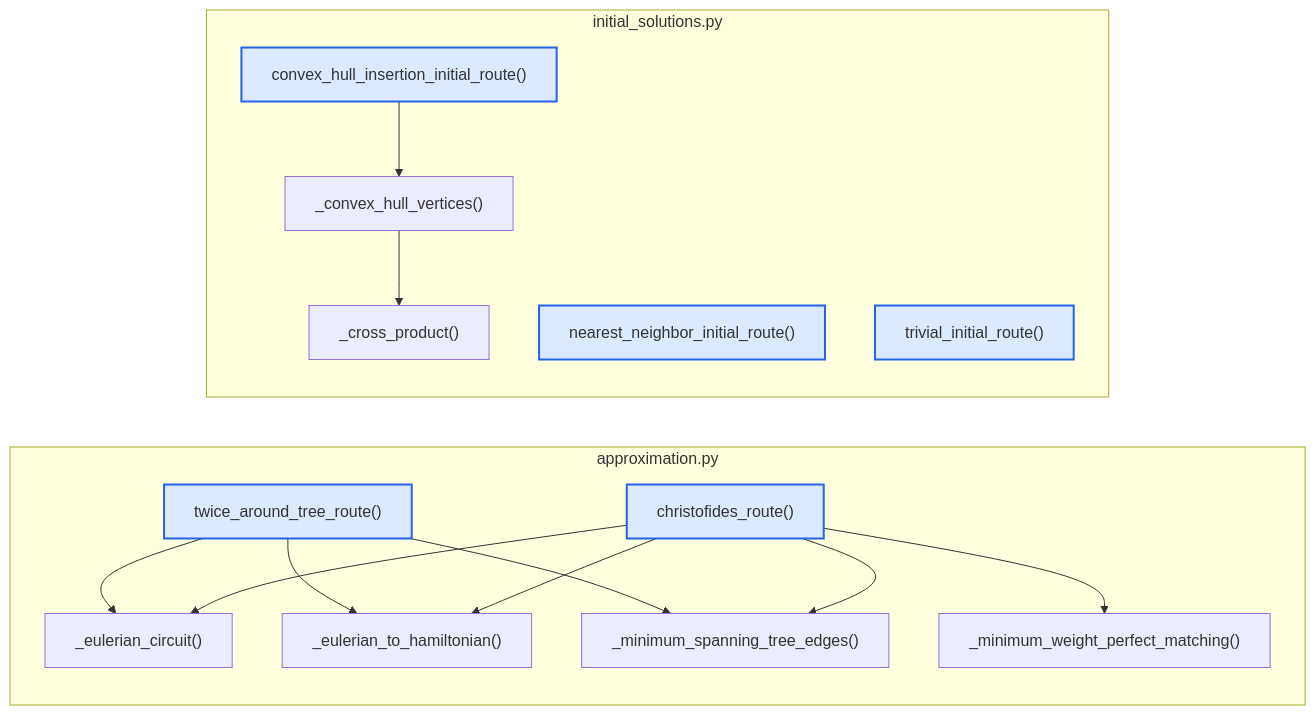
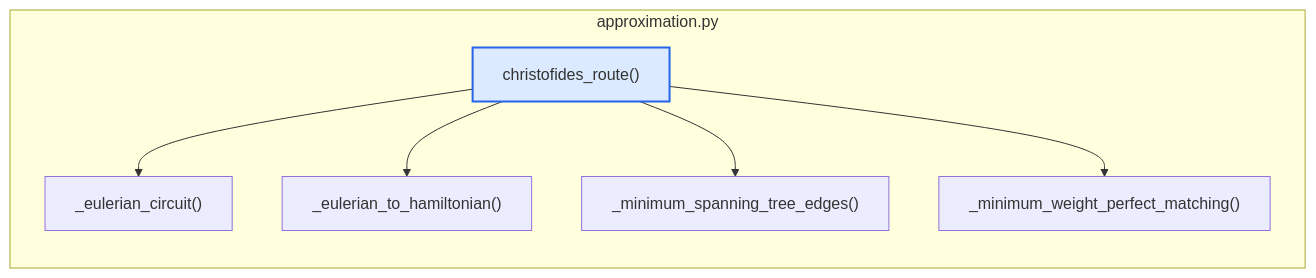
The tenth of 12 diagrams in docs/architecture.md (ChrystianMelo/TravelingSalesmanOptimization), drawn with Mermaid before and after one commit. The commit also changed other lines of this file and 32 other files, not shown here.

Commit message:
Expand generated architecture and strategy documentation.

````diff
--- a/docs/architecture.md
+++ b/docs/architecture.md
@@ -226,32 +327,18 @@
 ```mermaid
 %% Gerado por scripts/generate_diagrams.py a partir da saída do Code2flow.
 flowchart LR
   subgraph module_approximation["approximation.py"]
     direction TB
     n0["_eulerian_circuit()"]
     n1["_eulerian_to_hamiltonian()"]
     n2["_minimum_spanning_tree_edges()"]
     n3["_minimum_weight_perfect_matching()"]
     n4["christofides_route()"]
-    n5["twice_around_tree_route()"]
-  end
-  subgraph module_initial_solutions["initial_solutions.py"]
-    direction TB
-    n6["_convex_hull_vertices()"]
-    n7["_cross_product()"]
-    n8["convex_hull_insertion_initial_route()"]
-    n9["nearest_neighbor_initial_route()"]
-    n10["trivial_initial_route()"]
   end
   n4 --> n0
   n4 --> n1
   n4 --> n2
   n4 --> n3
-  n5 --> n0
-  n5 --> n1
-  n5 --> n2
-  n6 --> n7
-  n8 --> n6
   classDef entry fill:#dbeafe,stroke:#2563eb,stroke-width:2px
-  class n4,n5,n8,n9,n10 entry
+  class n4 entry
 ```
````
